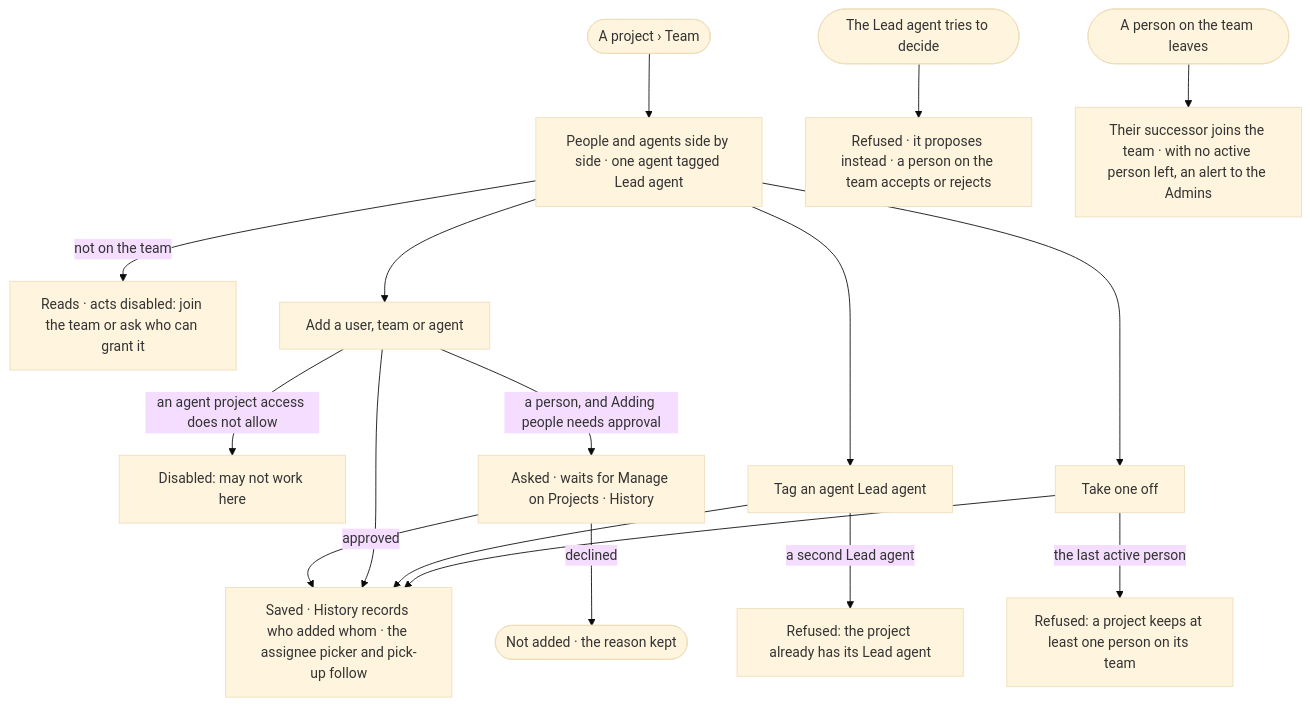
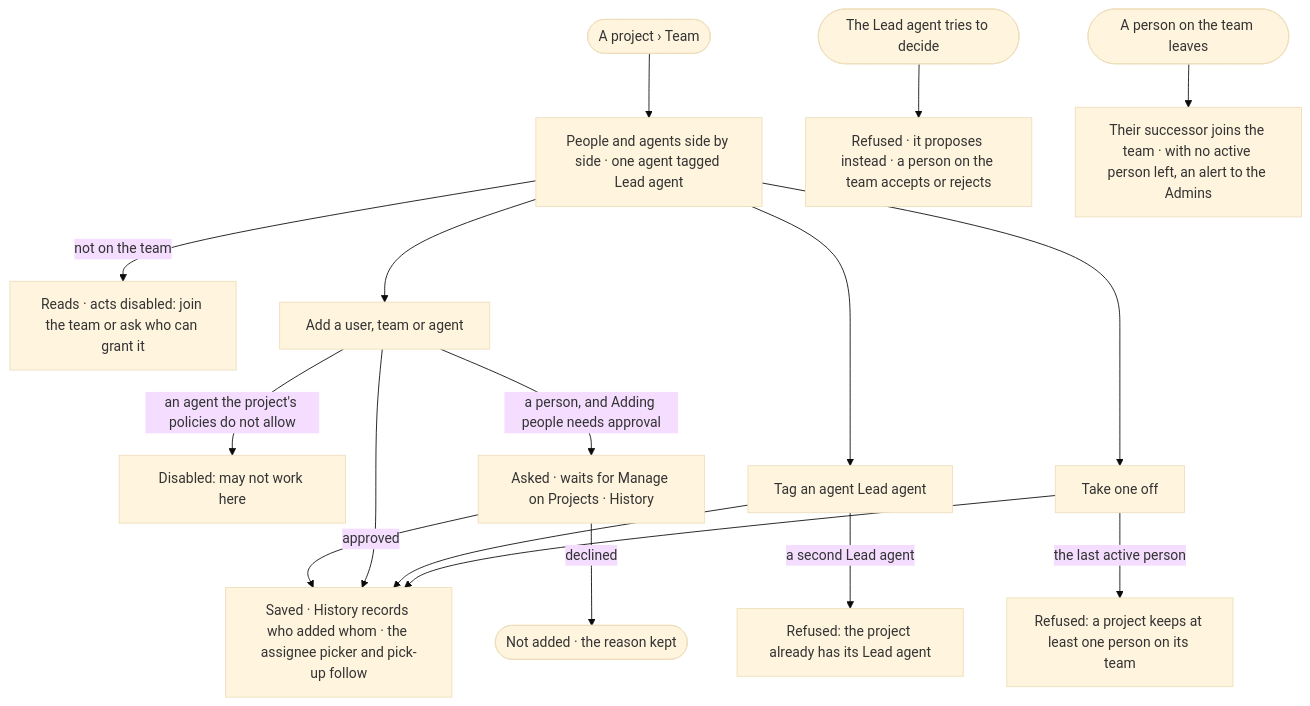
Before and after one commit to invana/invana: the diagram in specs/capabilities/projects/features/PJ-F01-projects-and-tasks/stories/PJ-22-set-the-project-team-and-its-lead-agent/story.md, drawn with Mermaid (base theme). The commit also changed other lines of this file and 26 other files, not shown here.

First line of the commit message:
docs(specs): one Access Policy type, tabbed policy form, project limits

````diff
--- a/specs/capabilities/projects/features/PJ-F01-projects-and-tasks/stories/PJ-22-set-the-project-team-and-its-lead-agent/story.md
+++ b/specs/capabilities/projects/features/PJ-F01-projects-and-tasks/stories/PJ-22-set-the-project-team-and-its-lead-agent/story.md
@@ -30,19 +30,19 @@
 ```mermaid
 flowchart TD
   s([A project › Team]) --> p["People and agents side by side · one agent tagged Lead agent"]
   p -->|not on the team| na["Reads · acts disabled: join the team or ask who can grant it"]
   p --> add["Add a user, team or agent"]
-  add -->|an agent project access does not allow| ng["Disabled: may not work here"]
+  add -->|an agent the project's policies do not allow| ng["Disabled: may not work here"]
   add -->|a person, and Adding people needs approval| apr["Asked · waits for Manage on Projects · History"]
   apr -->|approved| ok
   apr -->|declined| dec(["Not added · the reason kept"])
   add --> ok["Saved · History records who added whom · the assignee picker and pick-up follow"]
   p --> lead["Tag an agent Lead agent"]
   lead -->|a second Lead agent| two["Refused: the project already has its Lead agent"]
   lead --> ok
   p --> off["Take one off"]
   off -->|the last active person| last["Refused: a project keeps at least one person on its team"]
   off --> ok
   ag([The Lead agent tries to decide]) --> prop["Refused · it proposes instead · a person on the team accepts or rejects"]
   leave([A person on the team leaves]) --> succ["Their successor joins the team · with no active person left, an alert to the Admins"]
 ```
````
